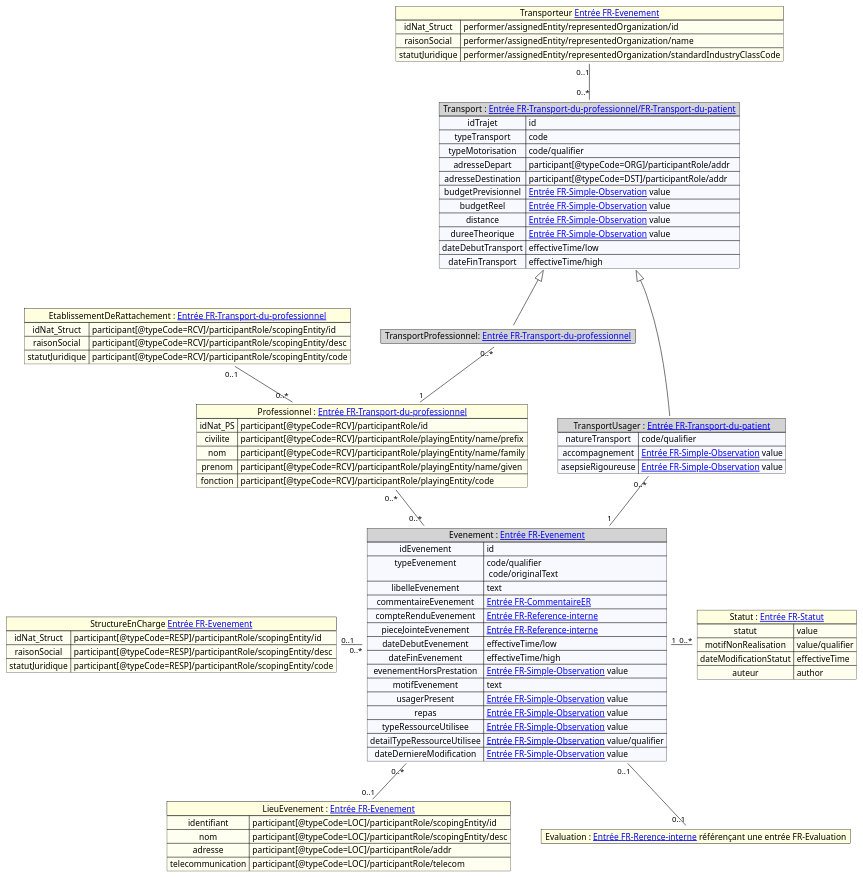
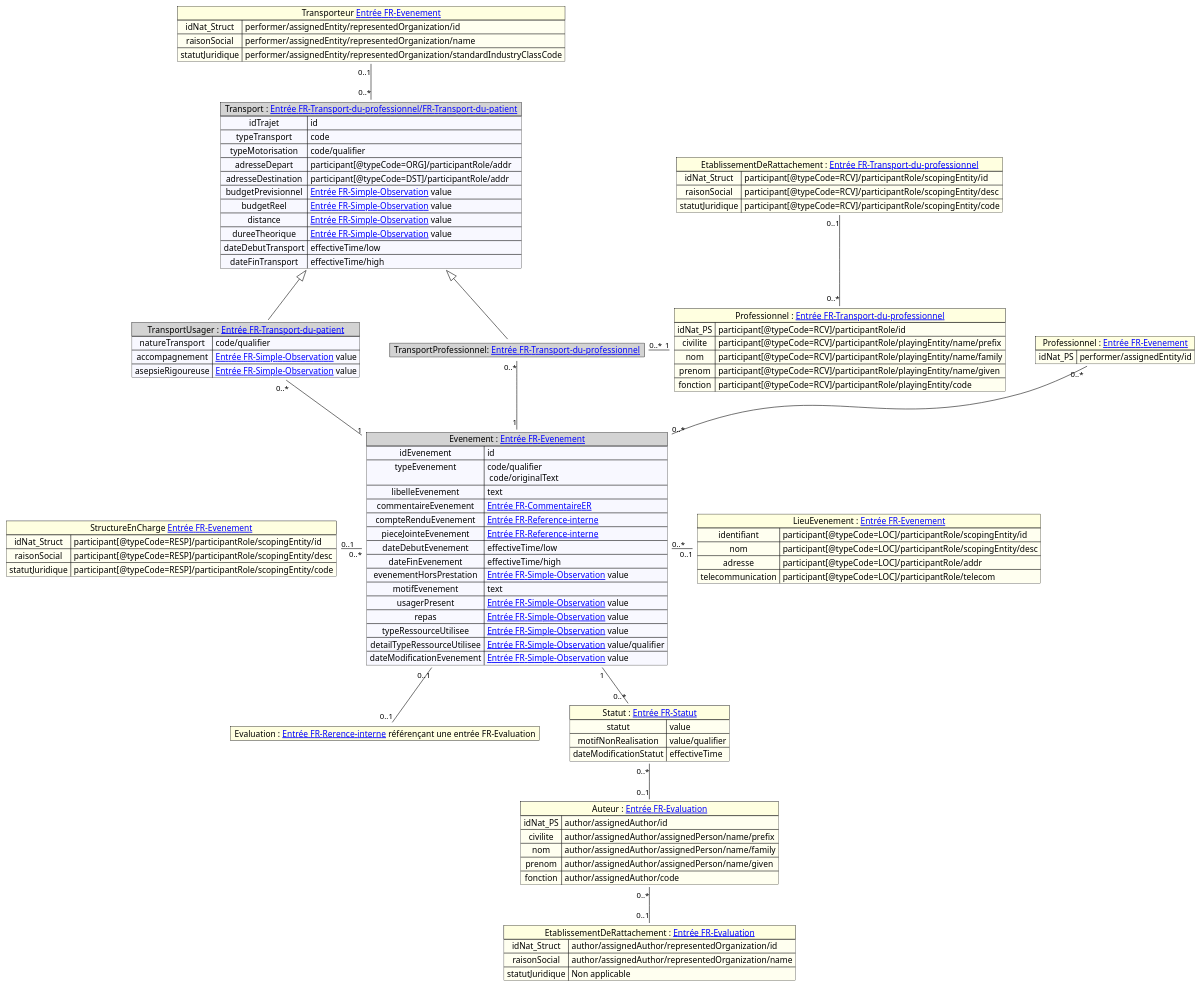
Before and after one commit to ansforge/IG-fhir-transfert-donnees-dui-esms: the diagram in input/images-source/mapping_evenement.plantuml, drawn with PlantUML. The commit also changed 5 other files, not shown here.

Commit message:
MappingFonctionnelleTechnique - assuranceMaladie, performer, author

```diff
--- a/input/images-source/mapping_evenement.plantuml
+++ b/input/images-source/mapping_evenement.plantuml
@@ -1,105 +1,128 @@
 @startuml
 
 
 map "Evenement : [[contenu_dossier_corps_cda.html Entrée FR-Evenement]]" as Evenement #back:ghostWhite;header:LightGray {
     idEvenement => id
     typeEvenement => code/qualifier \n code/originalText
     libelleEvenement => text
     commentaireEvenement => [[contenu_dossier_corps_cda.html Entrée FR-CommentaireER]]
     compteRenduEvenement => [[contenu_dossier_corps_cda.html Entrée FR-Reference-interne]]
     pieceJointeEvenement => [[contenu_dossier_corps_cda.html Entrée FR-Reference-interne]]
     dateDebutEvenement => effectiveTime/low
     dateFinEvenement => effectiveTime/high
     evenementHorsPrestation => [[contenu_dossier_corps_cda.html Entrée FR-Simple-Observation]] value
     motifEvenement => text
     usagerPresent => [[contenu_dossier_corps_cda.html Entrée FR-Simple-Observation]] value
     repas => [[contenu_dossier_corps_cda.html Entrée FR-Simple-Observation]] value
     typeRessourceUtilisee => [[contenu_dossier_corps_cda.html Entrée FR-Simple-Observation]] value
     detailTypeRessourceUtilisee => [[contenu_dossier_corps_cda.html Entrée FR-Simple-Observation]] value/qualifier
-    dateDerniereModification => [[contenu_dossier_corps_cda.html Entrée FR-Simple-Observation]] value
+    dateModificationEvenement => [[contenu_dossier_corps_cda.html Entrée FR-Simple-Observation]] value
 }
 map "Transport : [[contenu_dossier_corps_cda.html Entrée FR-Transport-du-professionnel/FR-Transport-du-patient]]" as Transport#back:ghostWhite;header:LightGray {
     idTrajet => id
     typeTransport => code
     typeMotorisation => code/qualifier
     adresseDepart => participant[@typeCode=ORG]/participantRole/addr
     adresseDestination => participant[@typeCode=DST]/participantRole/addr
     budgetPrevisionnel => [[contenu_dossier_corps_cda.html Entrée FR-Simple-Observation]] value
     budgetReel => [[contenu_dossier_corps_cda.html Entrée FR-Simple-Observation]] value
     distance => [[contenu_dossier_corps_cda.html Entrée FR-Simple-Observation]] value
     dureeTheorique => [[contenu_dossier_corps_cda.html Entrée FR-Simple-Observation]] value
     dateDebutTransport => effectiveTime/low
     dateFinTransport => effectiveTime/high
 
 }
-map "Professionnel : [[contenu_dossier_corps_cda.html Entrée FR-Transport-du-professionnel]]" as Professionnel #back:Ivory;header:LightYellow  {
+map "Professionnel : [[contenu_dossier_corps_cda.html Entrée FR-Transport-du-professionnel]]" as ProfessionnelTransport #back:Ivory;header:LightYellow  {
     idNat_PS => participant[@typeCode=RCV]/participantRole/id
     civilite => participant[@typeCode=RCV]/participantRole/playingEntity/name/prefix
     nom => participant[@typeCode=RCV]/participantRole/playingEntity/name/family
     prenom => participant[@typeCode=RCV]/participantRole/playingEntity/name/given
     fonction => participant[@typeCode=RCV]/participantRole/playingEntity/code
 }
 
 map "EtablissementDeRattachement : [[contenu_dossier_corps_cda.html Entrée FR-Transport-du-professionnel]]" as etablissementDeRattachement #back:Ivory;header:LightYellow {
     idNat_Struct => participant[@typeCode=RCV]/participantRole/scopingEntity/id
     raisonSocial => participant[@typeCode=RCV]/participantRole/scopingEntity/desc
     statutJuridique => participant[@typeCode=RCV]/participantRole/scopingEntity/code
 }
 
 map "Transporteur [[contenu_dossier_corps_cda.html Entrée FR-Evenement]]" as transporteur #back:Ivory;header:LightYellow  {
     idNat_Struct => performer/assignedEntity/representedOrganization/id
     raisonSocial => performer/assignedEntity/representedOrganization/name
     statutJuridique =>  performer/assignedEntity/representedOrganization/standardIndustryClassCode
 }
 
 map "StructureEnCharge [[contenu_dossier_corps_cda.html Entrée FR-Evenement]]" as structureEnCharge #back:Ivory;header:LightYellow  {
     idNat_Struct => participant[@typeCode=RESP]/participantRole/scopingEntity/id
     raisonSocial => participant[@typeCode=RESP]/participantRole/scopingEntity/desc
     statutJuridique => participant[@typeCode=RESP]/participantRole/scopingEntity/code
 }
 
 
 map "TransportProfessionnel: [[contenu_dossier_corps_cda.html Entrée FR-Transport-du-professionnel]]" as TransportPro#back:ghostWhite;header:LightGray {
 }
 
 
 
 map "TransportUsager : [[contenu_dossier_corps_cda.html Entrée FR-Transport-du-patient]]" as TransportUsager#back:ghostWhite;header:LightGray {
     natureTransport => code/qualifier
     accompagnement => [[contenu_dossier_corps_cda.html Entrée FR-Simple-Observation]] value
     asepsieRigoureuse => [[contenu_dossier_corps_cda.html Entrée FR-Simple-Observation]] value
 }
 
 map "LieuEvenement : [[contenu_dossier_corps_cda.html Entrée FR-Evenement]]" as Lieu #back:Ivory;header:LightYellow  {
     identifiant => participant[@typeCode=LOC]/participantRole/scopingEntity/id    
     nom => participant[@typeCode=LOC]/participantRole/scopingEntity/desc
     adresse => participant[@typeCode=LOC]/participantRole/addr
     telecommunication => participant[@typeCode=LOC]/participantRole/telecom 
 }
 
 map "Evaluation : [[contenu_dossier_corps_cda.html Entrée FR-Rerence-interne]] référençant une entrée FR-Evaluation" as Evaluation #back:Ivory;header:LightYellow {
 }
 
 map "Statut : [[contenu_dossier_corps_cda.html Entrée FR-Statut]]" as Statut #back:Ivory;header:LightYellow{
     statut => value
     motifNonRealisation => value/qualifier
     dateModificationStatut => effectiveTime
-    auteur => author
+}
+
+map "Professionnel : [[contenu_dossier_corps_cda.html Entrée FR-Evenement]]" as ProfessionnelEvn #back:Ivory;header:LightYellow{
+    idNat_PS => performer/assignedEntity/id
+}
+
+map "Auteur : [[contenu_dossier_corps_cda.html Entrée FR-Evaluation]]" as AuteurStatut #back:Ivory;header:LightYellow {
+    idNat_PS => author/assignedAuthor/id
+    civilite => author/assignedAuthor/assignedPerson/name/prefix
+    nom => author/assignedAuthor/assignedPerson/name/family
+    prenom => author/assignedAuthor/assignedPerson/name/given
+    fonction => author/assignedAuthor/code
+}
+
+map "EtablissementDeRattachement : [[contenu_dossier_corps_cda.html Entrée FR-Evaluation]]" as etablissementDeRattachementAuthStatut #back:Ivory;header:LightYellow {
+    idNat_Struct => author/assignedAuthor/representedOrganization/id
+    raisonSocial => author/assignedAuthor/representedOrganization/name
+    statutJuridique => Non applicable
 }
 
 
-Evenement "0..*" -- "0..1" Lieu  
-Professionnel "0..*" -- "0..*" Evenement
+
+
+Evenement "1" -- "0..*" Statut
+Evenement "0..*" -right- "0..1" Lieu  
+ProfessionnelEvn "0..*" -- "0..*" Evenement
 structureEnCharge "0..1" -right- "0..*" Evenement
+Evenement "1" -up- "0..*" TransportPro 
+TransportPro "0..*" -right- "1" ProfessionnelTransport
+etablissementDeRattachement "0..1" -- "0..*" ProfessionnelTransport
 Transport <|-- TransportPro
 Transport <|-- TransportUsager
 TransportUsager "0..*" -- "1" Evenement
-TransportPro "0..*" -- "1" Professionnel
 Evenement "0..1" -- "0..1" Evaluation
-Evenement "1" -right- "0..*" Statut
 transporteur "0..1" -- "0..*" Transport
-etablissementDeRattachement "0..1" -- "0..*" Professionnel
+Statut "0..*" -- "0..1" AuteurStatut
+AuteurStatut "0..*" -- "0..1" etablissementDeRattachementAuthStatut
+
 
 
 
 @enduml
```
